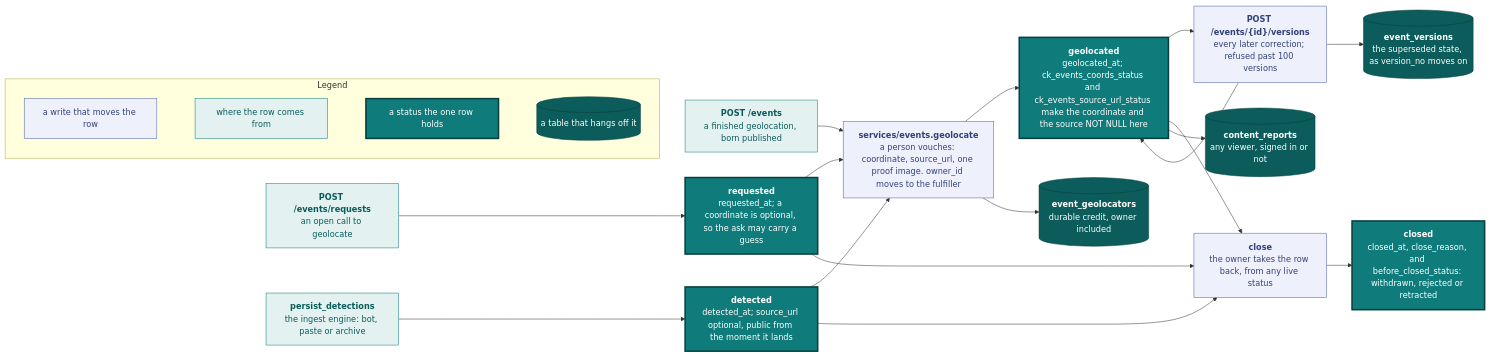
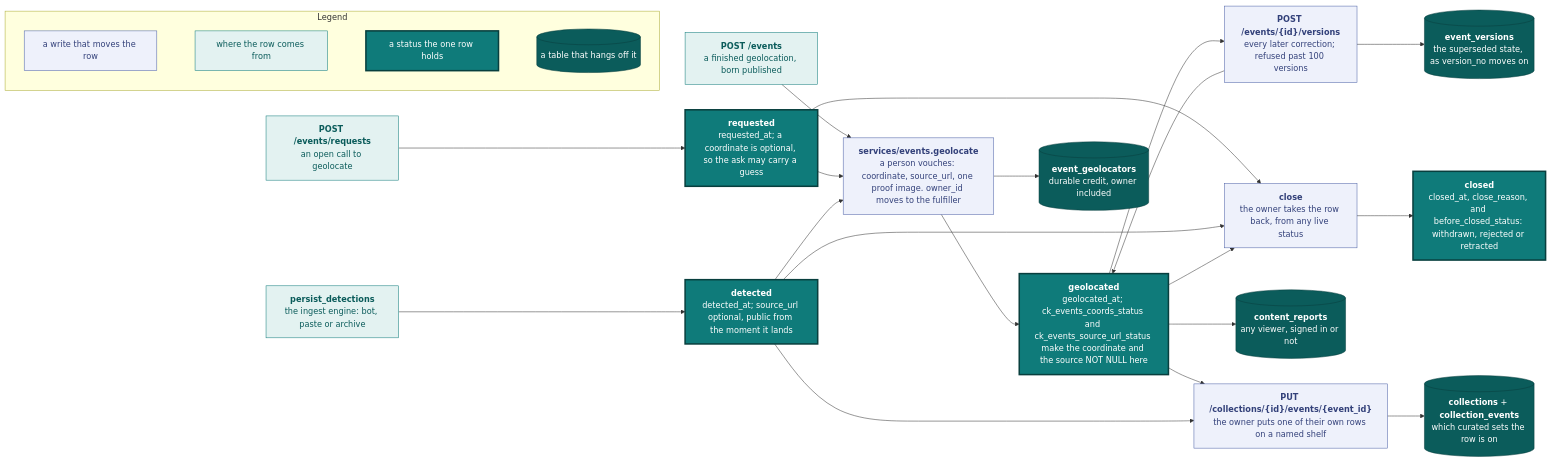
Before and after one commit to vidithq/vidit: the first of 2 diagrams in docs/data-model.md, drawn with Mermaid. The commit also changed other lines of this file and 22 other files, not shown here.

````diff
--- a/docs/data-model.md
+++ b/docs/data-model.md
@@ -5,60 +5,67 @@
 ```mermaid
 flowchart LR
   classDef spec fill:#eef1fb,stroke:#4a5fa5,color:#33417a
   classDef shared fill:#e3f2f1,stroke:#0f7b7a,color:#0b5c5b
   classDef core fill:#0f7b7a,stroke:#083f3e,stroke-width:3px,color:#ffffff
   classDef store fill:#0b5c5b,stroke:#083f3e,color:#ffffff
 
   subgraph legend [Legend]
     direction LR
     l1["`a write that moves the row`"]:::spec
     l2["`where the row comes from`"]:::shared
     l3["`a status the one row holds`"]:::core
     l4[("`a table that hangs off it`")]:::store
     l1 ~~~ l2 ~~~ l3 ~~~ l4
   end
 
   ask["`**POST /events/requests**
   an open call to geolocate`"]:::shared
   submit["`**POST /events**
   a finished geolocation, born published`"]:::shared
   engine["`**persist_detections**
   the ingest engine: bot, paste or archive`"]:::shared
 
   requested["`**requested**
   requested_at; a coordinate is optional, so the ask may carry a guess`"]:::core
   detected["`**detected**
   detected_at; source_url optional, public from the moment it lands`"]:::core
   geolocated["`**geolocated**
   geolocated_at; ck_events_coords_status and ck_events_source_url_status make the coordinate and the source NOT NULL here`"]:::core
   closed["`**closed**
   closed_at, close_reason, and before_closed_status: withdrawn, rejected or retracted`"]:::core
 
   vouch["`**services/events.geolocate**
   a person vouches: coordinate, source_url, one proof image. owner_id moves to the fulfiller`"]:::spec
   version["`**POST /events/{id}/versions**
   every later correction; refused past 100 versions`"]:::spec
   close["`**close**
   the owner takes the row back, from any live status`"]:::spec
 
   credit[("`**event_geolocators**
   durable credit, owner included`")]:::store
   versions[("`**event_versions**
   the superseded state, as version_no moves on`")]:::store
   reports[("`**content_reports**
   any viewer, signed in or not`")]:::store
+  shelve["`**PUT /collections/{id}/events/{event_id}**
+  the owner puts one of their own rows on a named shelf`"]:::spec
+  shelves[("`**collections** + **collection_events**
+  which curated sets the row is on`")]:::store
 
   ask --> requested
   engine --> detected
   submit --> vouch
   requested --> vouch
   detected --> vouch
   vouch --> geolocated --> version --> geolocated
   vouch --> credit
   version --> versions
   requested --> close
   detected --> close
   geolocated --> close
   close --> closed
   geolocated --> reports
+  geolocated --> shelve
+  detected --> shelve
+  shelve --> shelves
 ```
````
